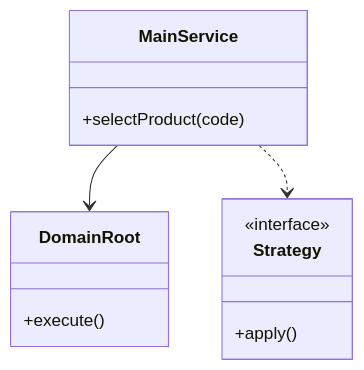
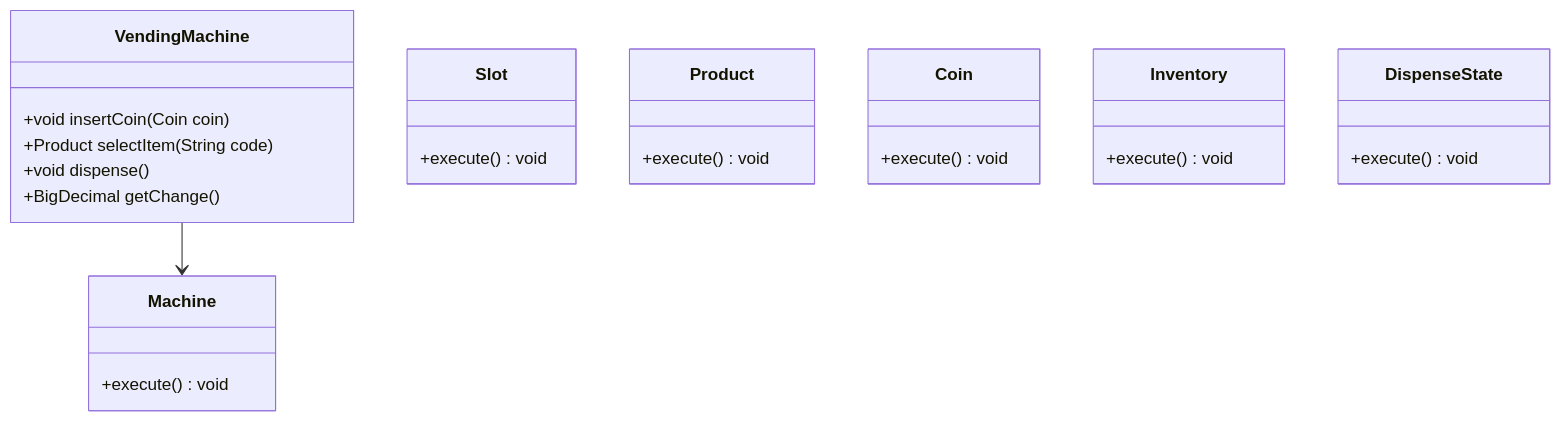
The first of 3 diagrams in Learn/System Design - Low Level Design/02-classic-ood/questions/Q10-vending-machine.md (madhupaila/Interview-Prep-SSE), drawn with Mermaid before and after one commit. The commit also changed other lines of this file and 491 other files, not shown here.

````diff
--- a/Learn/System Design - Low Level Design/02-classic-ood/questions/Q10-vending-machine.md
+++ b/Learn/System Design - Low Level Design/02-classic-ood/questions/Q10-vending-machine.md
@@ -75,15 +93,28 @@
 ```mermaid
 classDiagram
-    class MainService {
-        +selectProduct(code)
+    class VendingMachine {
+        +void insertCoin(Coin coin)
+        +Product selectItem(String code)
+        +void dispense()
+        +BigDecimal getChange()
     }
-    class DomainRoot {
-        +execute()
+    class Machine {
+        +execute() void
     }
-    class Strategy {
-        <<interface>>
-        +apply()
+    class Slot {
+        +execute() void
     }
-    MainService --> DomainRoot
-    MainService ..> Strategy
+    class Product {
+        +execute() void
+    }
+    class Coin {
+        +execute() void
+    }
+    class Inventory {
+        +execute() void
+    }
+    class DispenseState {
+        +execute() void
+    }
+    VendingMachine --> Machine
 ```
````
